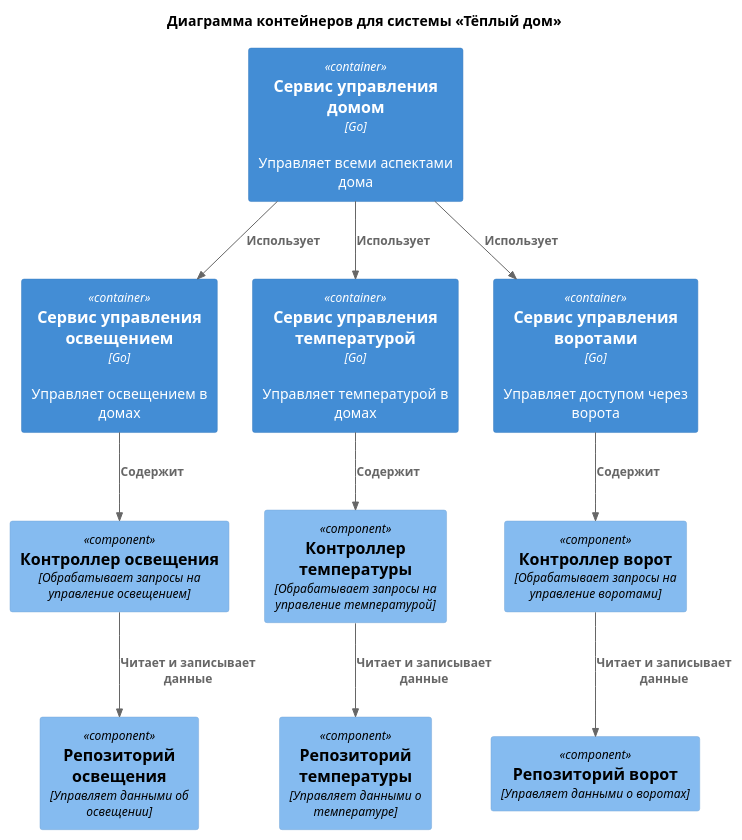
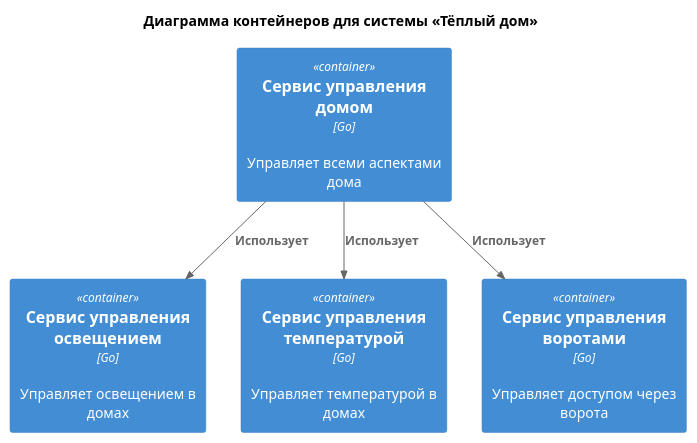
One commit to spinel/swa16 changed the diagram in diagrams/01/02_containers.plantuml. Above: the diagram before and after it, drawn with PlantUML. The commit also changed 5 other files, not shown here.

Commit message:
diagrams

```diff
--- a/diagrams/01/02_containers.plantuml
+++ b/diagrams/01/02_containers.plantuml
@@ -1,30 +1,15 @@
 @startuml
 title Диаграмма контейнеров для системы «Тёплый дом»
 
 !includeurl https://raw.githubusercontent.com/RicardoNiepel/C4-PlantUML/master/C4_Component.puml
 
 Container(homeService, "Сервис управления домом", "Go", "Управляет всеми аспектами дома")
 Container(lightService, "Сервис управления освещением", "Go", "Управляет освещением в домах")
 Container(temperatureService, "Сервис управления температурой", "Go", "Управляет температурой в домах")
 Container(gateService, "Сервис управления воротами", "Go", "Управляет доступом через ворота")
 
-Component(lightController, "Контроллер освещения", "Обрабатывает запросы на управление освещением")
-Component(lightRepository, "Репозиторий освещения", "Управляет данными об освещении")
-
-Component(temperatureController, "Контроллер температуры", "Обрабатывает запросы на управление температурой")
-Component(temperatureRepository, "Репозиторий температуры", "Управляет данными о температуре")
-
-Component(gateController, "Контроллер ворот", "Обрабатывает запросы на управление воротами")
-Component(gateRepository, "Репозиторий ворот", "Управляет данными о воротах")
-
 Rel(homeService, lightService, "Использует")
 Rel(homeService, temperatureService, "Использует")
 Rel(homeService, gateService, "Использует")
-Rel(lightService, lightController, "Содержит")
-Rel(lightController, lightRepository, "Читает и записывает данные")
-Rel(temperatureService, temperatureController, "Содержит")
-Rel(temperatureController, temperatureRepository, "Читает и записывает данные")
-Rel(gateService, gateController, "Содержит")
-Rel(gateController, gateRepository, "Читает и записывает данные")
 
 @enduml
```
